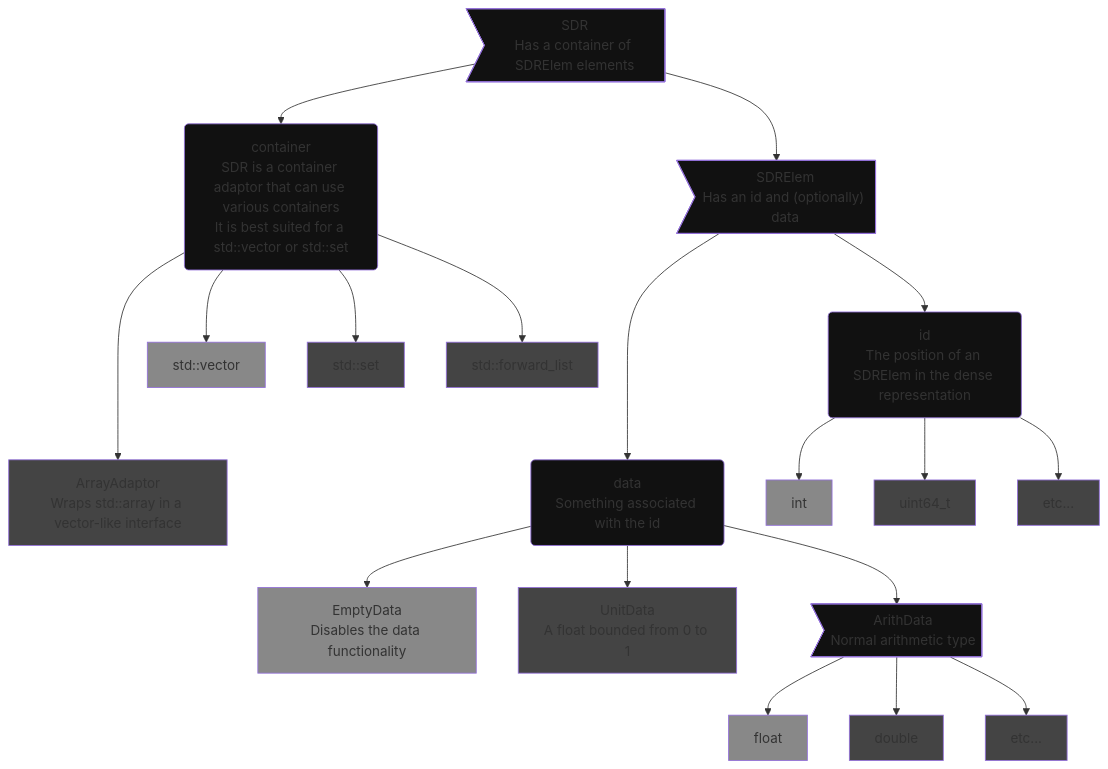
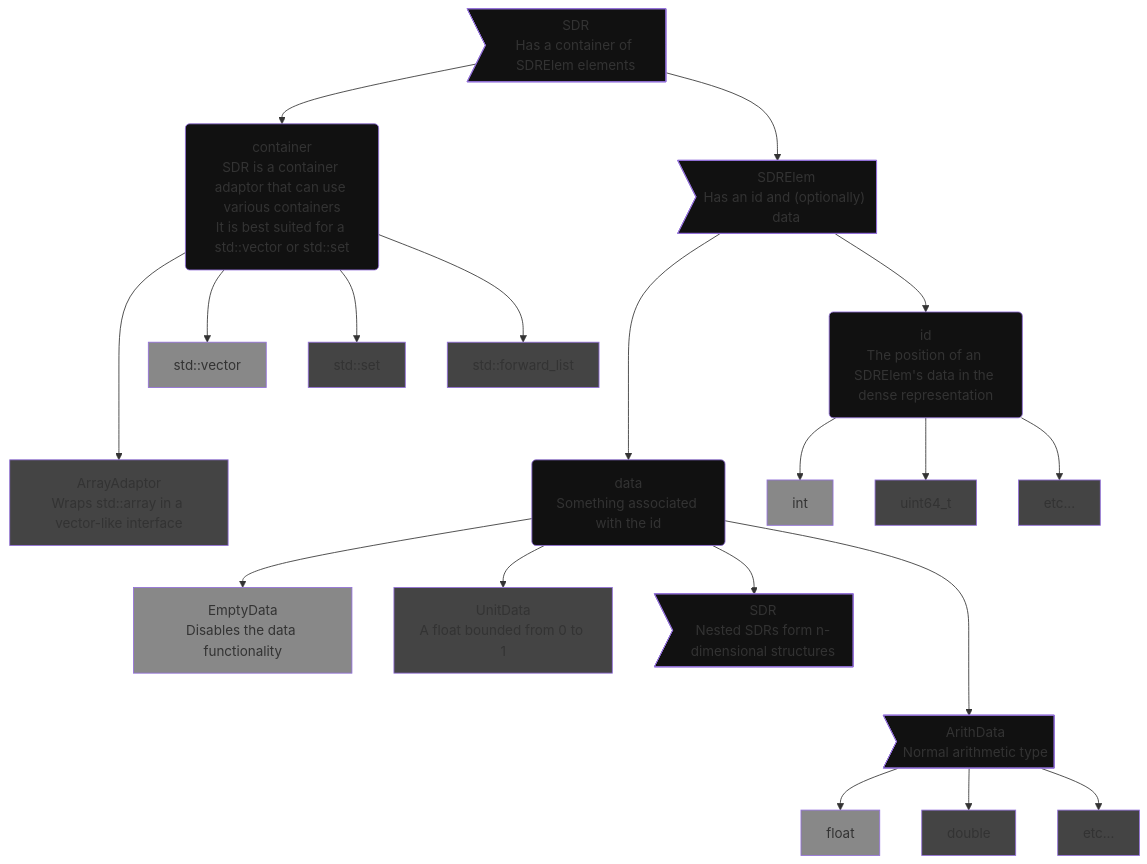
Before and after one commit to jagprog5/SDR: the second of 2 diagrams in README.md, drawn with Mermaid. The commit also changed other lines of this file and 13 other files, not shown here.

````diff
--- a/README.md
+++ b/README.md
@@ -103,58 +103,61 @@
 ```mermaid
 flowchart TB
     SDR>"SDR\nHas a container of SDRElem elements"]
     SDRElem>"SDRElem\nHas an id and (optionally) data"]
     container("container\nSDR is a container adaptor that can use various containers\nIt is best suited for a std::vector or std::set")
     ArrayAdaptor["ArrayAdaptor\nWraps std::array in a vector-like interface"]
     EmptyData["EmptyData\nDisables the data functionality"]
     UnitData["UnitData\nA float bounded from 0 to 1"]
     ArithData>"ArithData\nNormal arithmetic type"]
-    id("id\nThe position of an SDRElem in the dense representation")
+    SDR2>"SDR\nNested SDRs form n-dimensional structures"]
+    id("id\nThe position of an SDRElem's data in the dense representation")
     data("data\nSomething associated with the id")
 
     SDR-->SDRElem
     SDR-->container
     container-->std::vector
     container-->std::set
     container-->std::forward_list
     container--->ArrayAdaptor
 
     SDRElem--->data
     SDRElem-->id
 
     id-->int
     id-->uint64_t
     id-->etc...
 
     data-->EmptyData
     data-->UnitData
-    data-->ArithData
+    data--->ArithData
+    data-->SDR2
 
     ArithData-->float
     ArithData-->double
     etc2["etc..."]
     ArithData-->etc2
 
 style SDR fill:#111
 style container fill:#111
 style SDRElem fill:#111
 style id fill:#111
 style data fill:#111
 
 style ArrayAdaptor fill:#444
 style std::set fill:#444
 style std::forward_list fill:#444
 style UnitData fill:#444
 style ArithData fill:#111
 style uint64_t fill:#444
 style etc... fill:#444
+style SDR2 fill:#111
 
 style std::vector fill:#888
 style EmptyData fill:#888
 style int fill:#888
 
 style float fill:#888
 style double fill:#444
 style etc2 fill:#444
 
 ```
````
